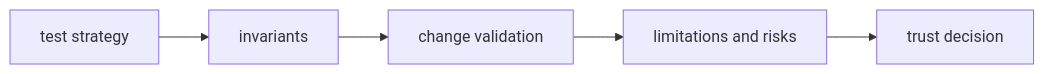
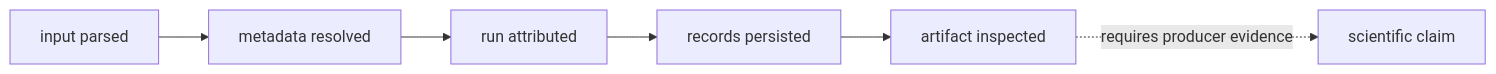
One commit to bijux/bijux-telecom changed the first of 2 diagrams in docs/03-bijux-gnss-infra/quality/index.md. Above: the diagram before and after it, drawn with Mermaid. The commit also changed other lines of this file and 1 other file, not shown here.

Commit message:
docs(infra): preserve repository evidence through change

````diff
--- a/docs/03-bijux-gnss-infra/quality/index.md
+++ b/docs/03-bijux-gnss-infra/quality/index.md
@@ -18,10 +18,12 @@
 ```mermaid
 flowchart LR
-    tests["test strategy"]
-    invariants["invariants"]
-    validation["change validation"]
-    limits["limitations and risks"]
-    trust["trust decision"]
+    parse["input parsed"]
+    resolve["metadata resolved"]
+    attribute["run attributed"]
+    persist["records persisted"]
+    inspect["artifact inspected"]
+    science["scientific claim"]
 
-    tests --> invariants --> validation --> limits --> trust
+    parse --> resolve --> attribute --> persist --> inspect
+    inspect -. requires producer evidence .-> science
 ```
````
